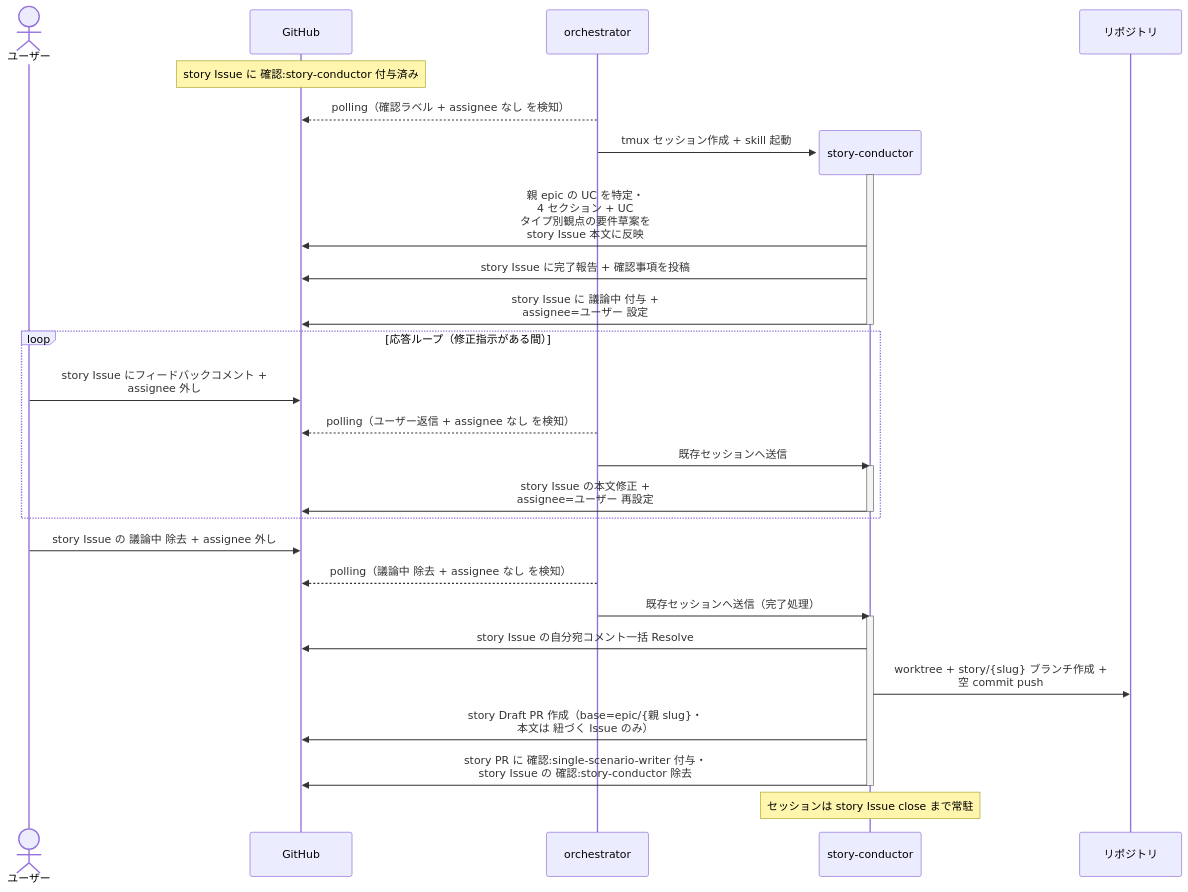
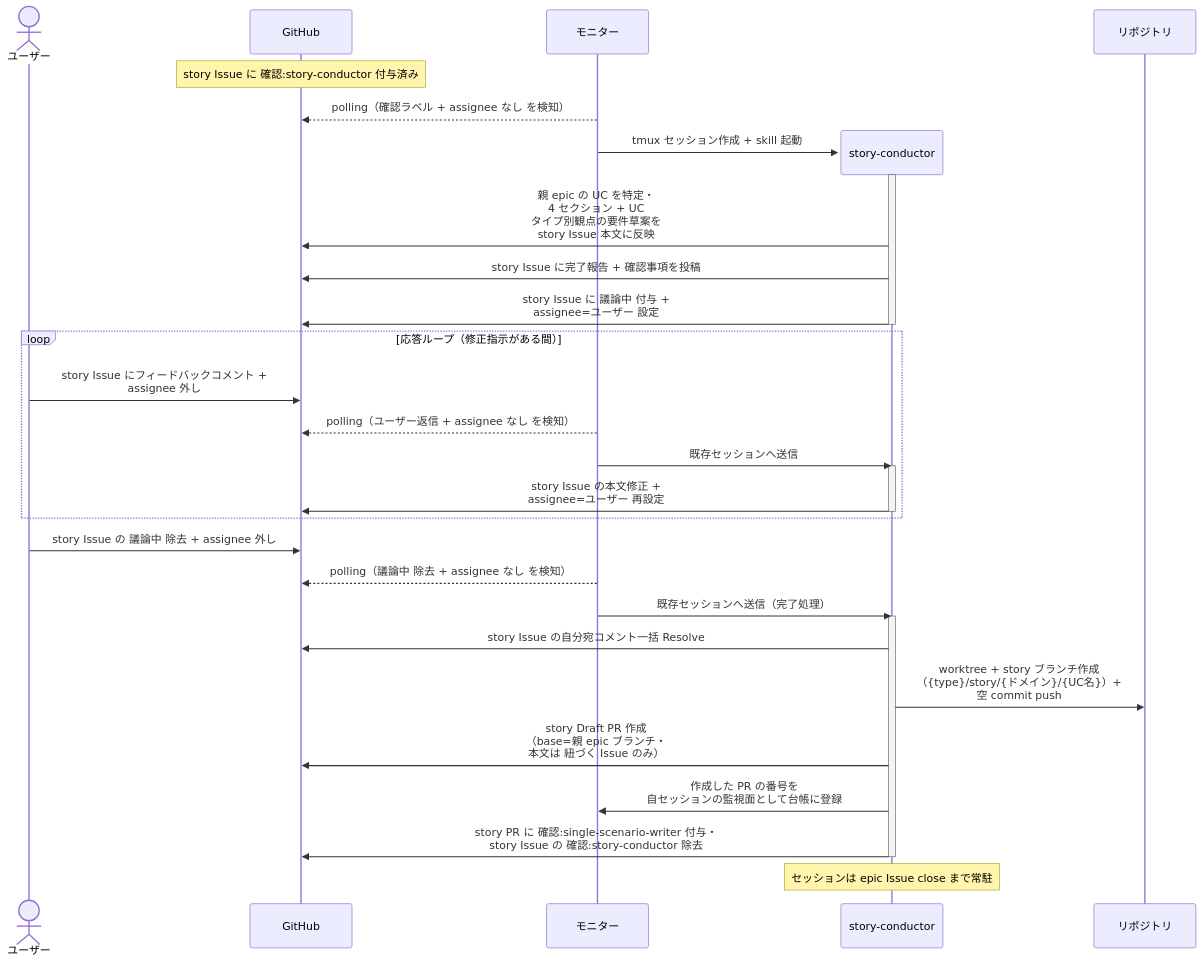
Before and after one commit to shuhei1101/ai-monitor: the diagram in docs/wiki/設計図/シナリオ/単一ユースケース/story要件確定.md, drawn with Mermaid. The commit also changed other lines of this file and 196 other files, not shown here.

````diff
--- a/docs/wiki/設計図/シナリオ/単一ユースケース/story要件確定.md
+++ b/docs/wiki/設計図/シナリオ/単一ユースケース/story要件確定.md
@@ -19,37 +20,38 @@
 ```mermaid
 sequenceDiagram
   actor U as ユーザー
   participant GH as GitHub
-  participant ORC as orchestrator
+  participant ORC as モニター
 
   Note over GH: story Issue に 確認:story-conductor 付与済み
   ORC-->>GH: polling（確認ラベル + assignee なし を検知）
   create participant MON as story-conductor
   ORC->>MON: tmux セッション作成 + skill 起動
   participant REPO as リポジトリ
   activate MON
   MON->>GH: 親 epic の UC を特定・<br>4 セクション + UC<br>タイプ別観点の要件草案を<br>story Issue 本文に反映
   MON->>GH: story Issue に完了報告 + 確認事項を投稿
   MON->>GH: story Issue に 議論中 付与 +<br>assignee=ユーザー 設定
   deactivate MON
 
   loop 応答ループ（修正指示がある間）
     U->>GH: story Issue にフィードバックコメント +<br>assignee 外し
     ORC-->>GH: polling（ユーザー返信 + assignee なし を検知）
     ORC->>MON: 既存セッションへ送信
     activate MON
     MON->>GH: story Issue の本文修正 +<br>assignee=ユーザー 再設定
     deactivate MON
   end
 
   U->>GH: story Issue の 議論中 除去 + assignee 外し
   ORC-->>GH: polling（議論中 除去 + assignee なし を検知）
   ORC->>MON: 既存セッションへ送信（完了処理）
   activate MON
   MON->>GH: story Issue の自分宛コメント一括 Resolve
-  MON->>REPO: worktree + story/{slug} ブランチ作成 +<br>空 commit push
-  MON->>GH: story Draft PR 作成（base=epic/{親 slug}・<br>本文は 紐づく Issue のみ）
+  MON->>REPO: worktree + story ブランチ作成<br>（{type}/story/{ドメイン}/{UC名}）+<br>空 commit push
+  MON->>GH: story Draft PR 作成<br>（base=親 epic ブランチ・<br>本文は 紐づく Issue のみ）
+  MON->>ORC: 作成した PR の番号を<br>自セッションの監視面として台帳に登録
   MON->>GH: story PR に 確認:single-scenario-writer 付与・<br>story Issue の 確認:story-conductor 除去
   deactivate MON
-  Note over MON: セッションは story Issue close まで常駐
+  Note over MON: セッションは epic Issue close まで常駐
 ```
````
